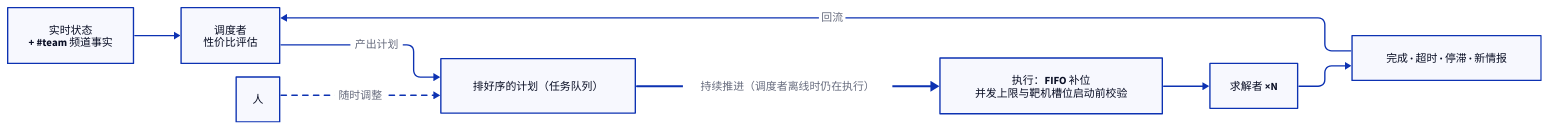
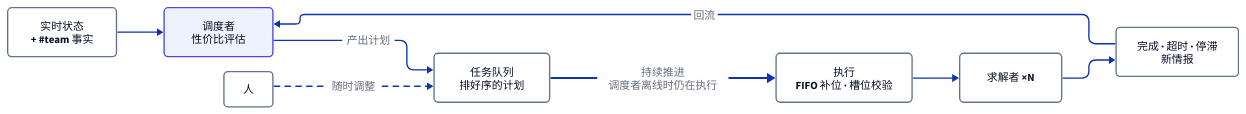
The diagram in docs/figures/fig4-scheduler-loop.d2 (fangtimmy/aegisx), drawn with D2 before and after one commit. The commit also changed 17 other files, not shown here.

Commit message:
docs: redraw the report figures — grid alignment, container-level direct connectors, unified gray-white style with a single accent color; figure 5 rebuilt as a horizontal pipeline

```diff
--- a/docs/figures/fig4-scheduler-loop.d2
+++ b/docs/figures/fig4-scheduler-loop.d2
@@ -1,19 +1,63 @@
 direction: right
 vars: { d2-config: { layout-engine: elk } }
 
-输入: "实时状态\n+ #team 频道事实"
-调度者: "调度者\n性价比评估"
-队列: "排好序的计划（任务队列）"
-执行: "执行：FIFO 补位\n并发上限与靶机槽位启动前校验"
-求解者: "求解者 ×N"
-事件: "完成 · 超时 · 停滞 · 新情报"
-人: "人"
+classes: {
+  box: {
+    style: {
+      fill: "#ffffff"
+      stroke: "#64748b"
+      border-radius: 6
+    }
+  }
+  key: {
+    style: {
+      fill: "#eef2ff"
+      stroke: "#4f46e5"
+      border-radius: 6
+    }
+  }
+}
+
+输入: "实时状态\n+ #team 事实" {
+  class: box
+  width: 160
+  height: 72
+}
+调度者: "调度者\n性价比评估" {
+  class: key
+  width: 160
+  height: 72
+}
+队列: "任务队列\n排好序的计划" {
+  class: box
+  width: 170
+  height: 72
+}
+执行: "执行\nFIFO 补位 · 槽位校验" {
+  class: box
+  width: 200
+  height: 72
+}
+求解者: "求解者 ×N" {
+  class: box
+  width: 150
+  height: 72
+}
+事件: "完成 · 超时 · 停滞\n新情报" {
+  class: box
+  width: 180
+  height: 72
+}
+人: "人" {
+  class: box
+  width: 72
+  height: 52
+}
 
 输入 -> 调度者
 调度者 -> 队列: "产出计划"
-队列 -> 执行: "持续推进（调度者离线时仍在执行）" {style.stroke-width: 3}
+队列 -> 执行: "持续推进\n调度者离线时仍在执行" {style.stroke-width: 3}
 执行 -> 求解者
 求解者 -> 事件
 事件 -> 调度者: "回流"
-
 人 -> 队列: "随时调整" {style.stroke-dash: 4}
```
